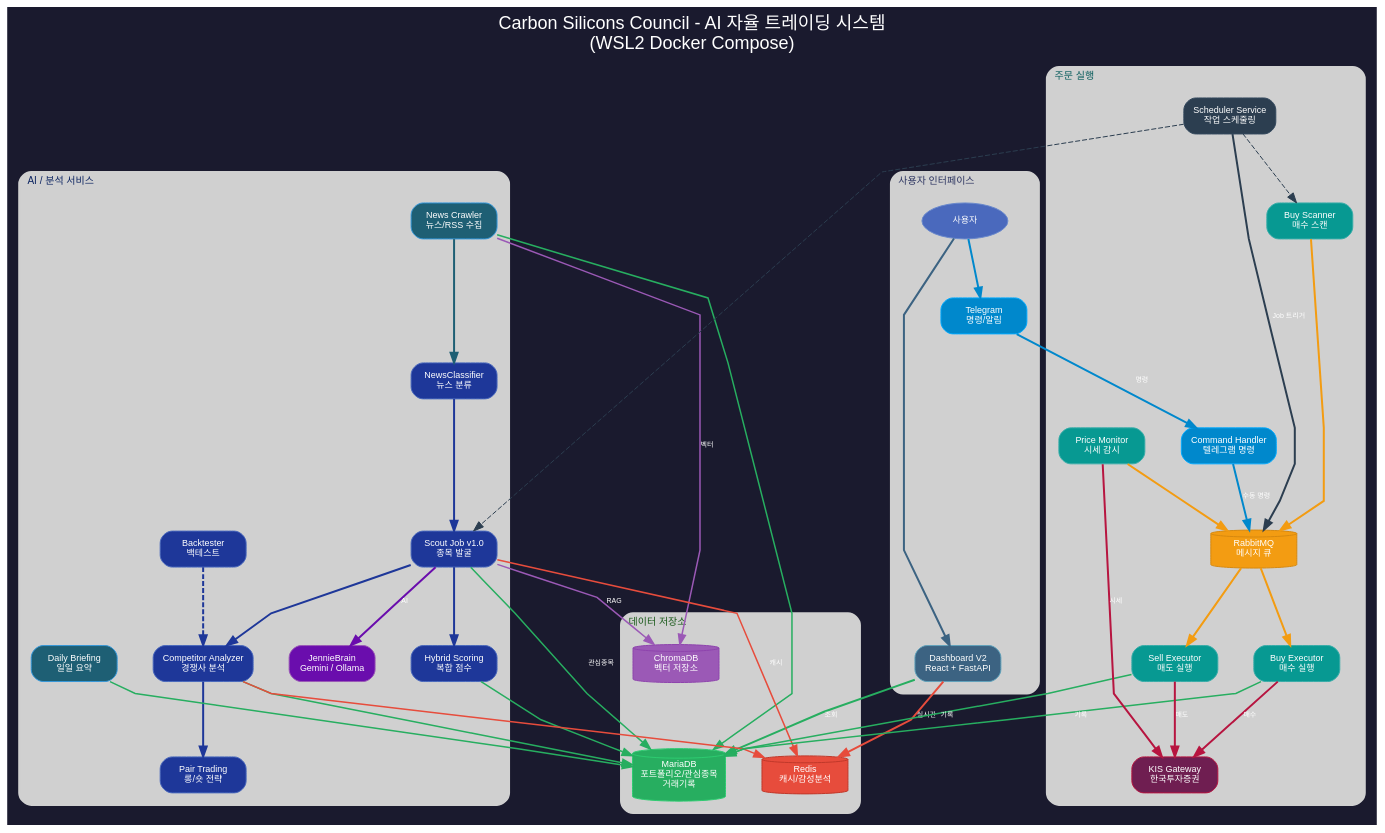
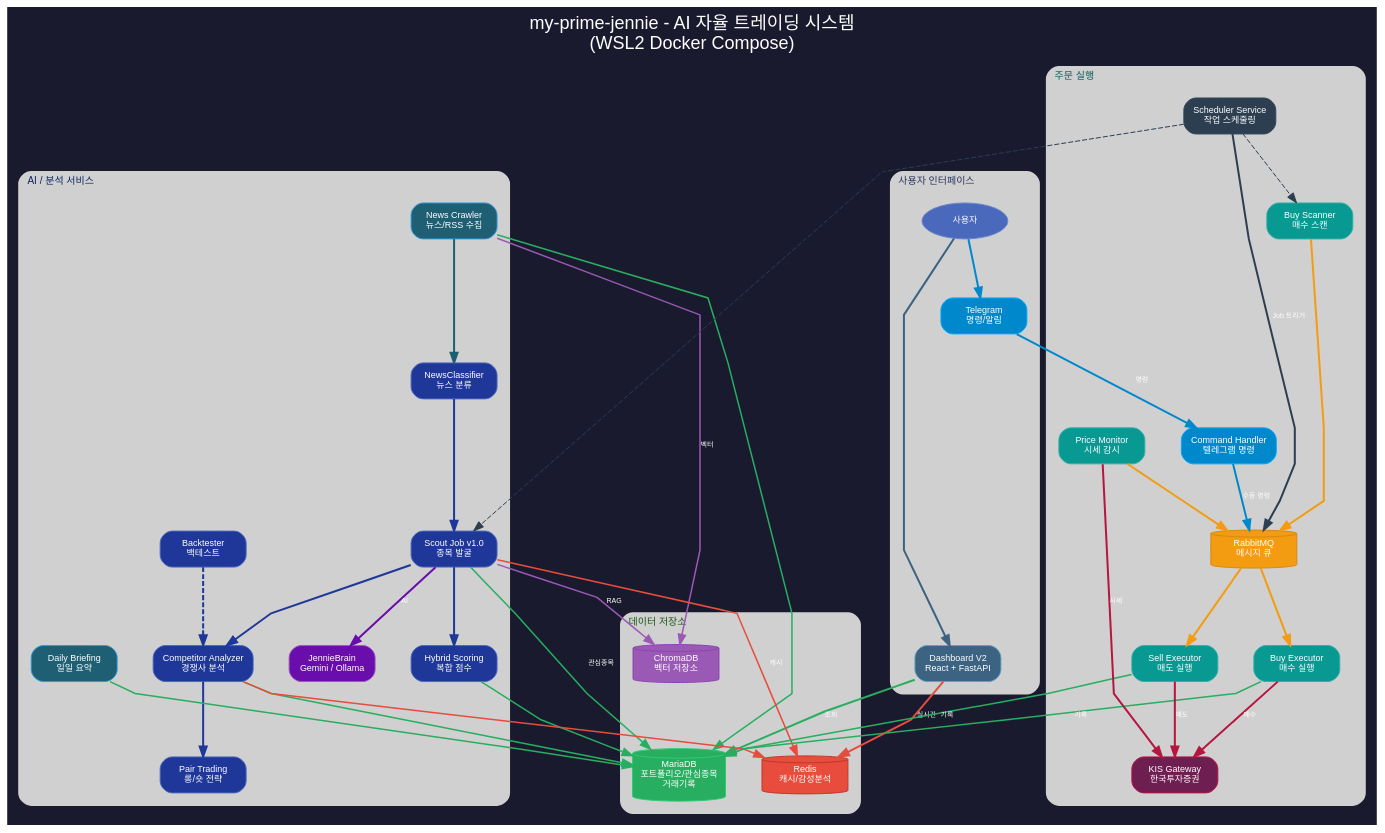
Before and after one commit to youngs7596/our-prime-jennie: the diagram in docs/architecture/01_overall_architecture.dot, drawn with Graphviz. The commit also changed 40 other files, not shown here.

First line of the commit message:
refactor: Rename project to my-prime-jennie and centralize versioning

```diff
--- a/docs/architecture/01_overall_architecture.dot
+++ b/docs/architecture/01_overall_architecture.dot
@@ -1,176 +1,176 @@
-digraph CarbonSiliconsCouncil {
+digraph my_prime_jennie {
     // 전체 스타일 설정
     bgcolor="#1a1a2e";
     fontname="Helvetica,Arial,sans-serif";
-    label="Carbon Silicons Council - AI 자율 트레이딩 시스템\n(WSL2 Docker Compose)";
+    label="my-prime-jennie - AI 자율 트레이딩 시스템\n(WSL2 Docker Compose)";
     labelloc=t;
     fontsize=18;
     fontcolor="white";
     rankdir=TB;
     compound=true;
     newrank=true;
     splines=polyline;
     nodesep=0.5;
     ranksep=0.8;
 
     // 기본 노드 스타일
     node [
         style="rounded,filled",
         shape=box,
         fontname="Helvetica,Arial,sans-serif",
         fontsize=9,
         fontcolor="white",
         width=1.2,
         height=0.5
     ];
 
     // 기본 엣지 스타일
     edge [
         fontname="Helvetica,Arial,sans-serif",
         fontsize=7,
         fontcolor="white",
         color="#666666",
         penwidth=1.5
     ];
 
     // ============================================================
     // 사용자 인터페이스
     // ============================================================
     subgraph cluster_ui {
         label="사용자 인터페이스";
         labeljust=l;
         style="rounded,filled";
         bgcolor="#f0f0ff";
         color="#d0d0d0";
         fontcolor="#2d3561";
         fontsize=10;
         penwidth=2;
         margin=12;
         
         USER [label="사용자", shape=ellipse, fillcolor="#4a69bd", color="#6a89cc"];
         DASH_V2 [label="Dashboard V2\nReact + FastAPI", fillcolor="#3c6382", color="#60a3bc"];
         TELEGRAM [label="Telegram\n명령/알림", fillcolor="#0088cc", color="#00aaff"];
         
         USER -> DASH_V2 [color="#3c6382", penwidth=2];
         USER -> TELEGRAM [color="#0088cc", penwidth=2];
     }
 
     // ============================================================
     // AI / 분석 서비스
     // ============================================================
     subgraph cluster_ai_services {
         label="AI / 분석 서비스";
         labeljust=l;
         style="rounded,filled";
         bgcolor="#f0f0ff";
         color="#d0d0d0";
         fontcolor="#0c2461";
         fontsize=10;
         penwidth=2;
         margin=12;
         
         LLM [label="JennieBrain\nGemini / Ollama", fillcolor="#6a0dad", color="#9b59b6"];
         NEWS_CRAWLER [label="News Crawler\n뉴스/RSS 수집", fillcolor="#1e5f74", color="#3498db"];
         CLASSIFIER [label="NewsClassifier\n뉴스 분류", fillcolor="#1e3799", color="#4a69bd"];
         SCOUT [label="Scout Job v1.0\n종목 발굴", fillcolor="#1e3799", color="#4a69bd"];
         HYBRID [label="Hybrid Scoring\n복합 점수", fillcolor="#1e3799", color="#4a69bd"];
         COMP_ANALYZER [label="Competitor Analyzer\n경쟁사 분석", fillcolor="#1e3799", color="#4a69bd"];
         PAIR_STRAT [label="Pair Trading\n롱/숏 전략", fillcolor="#1e3799", color="#4a69bd"];
         BACKTESTER [label="Backtester\n백테스트", fillcolor="#1e3799", color="#4a69bd"];
         DAILY_BRIEF [label="Daily Briefing\n일일 요약", fillcolor="#1e5f74", color="#3498db"];
         
         // 내부 연결
         NEWS_CRAWLER -> CLASSIFIER [color="#1e5f74", penwidth=2];
         CLASSIFIER -> SCOUT [color="#1e3799", penwidth=2];
         SCOUT -> LLM [color="#6a0dad", label="AI", penwidth=2];
         SCOUT -> HYBRID [color="#1e3799", penwidth=2];
         SCOUT -> COMP_ANALYZER [color="#1e3799", penwidth=2];
         COMP_ANALYZER -> PAIR_STRAT [color="#1e3799", penwidth=2];
         BACKTESTER -> COMP_ANALYZER [style=dashed, color="#1e3799", penwidth=2];
     }
 
     // ============================================================
     // 주문 실행 서비스
     // ============================================================
     subgraph cluster_execution {
         label="주문 실행";
         labeljust=l;
         style="rounded,filled";
         bgcolor="#f0fff0";
         color="#d0d0d0";
         fontcolor="#0a5d5d";
         fontsize=10;
         penwidth=2;
         margin=12;
         
         SCHEDULER [label="Scheduler Service\n작업 스케줄링", fillcolor="#2c3e50", color="#34495e"];
         CMD_HANDLER [label="Command Handler\n텔레그램 명령", fillcolor="#0088cc", color="#00aaff"];
         BUY_SCAN [label="Buy Scanner\n매수 스캔", fillcolor="#079992", color="#38ada9"];
         BUY_EXEC [label="Buy Executor\n매수 실행", fillcolor="#079992", color="#38ada9"];
         SELL_EXEC [label="Sell Executor\n매도 실행", fillcolor="#079992", color="#38ada9"];
         PRICE_MON [label="Price Monitor\n시세 감시", fillcolor="#079992", color="#38ada9"];
         RABBITMQ [label="RabbitMQ\n메시지 큐", shape=cylinder, fillcolor="#f39c12", color="#d68910"];
         KIS_GW [label="KIS Gateway\n한국투자증권", fillcolor="#6F1E51", color="#b71540"];
         
         // 내부 연결
         SCHEDULER -> RABBITMQ [color="#2c3e50", label="Job 트리거", penwidth=2];
         SCHEDULER -> BUY_SCAN [color="#2c3e50", style=dashed, penwidth=1];
         SCHEDULER -> SCOUT [color="#2c3e50", style=dashed, penwidth=1];
         CMD_HANDLER -> RABBITMQ [color="#0088cc", label="수동 명령", penwidth=2];
         BUY_SCAN -> RABBITMQ [color="#f39c12", penwidth=2];
         PRICE_MON -> RABBITMQ [color="#f39c12", penwidth=2];
         RABBITMQ -> BUY_EXEC [color="#f39c12", penwidth=2];
         RABBITMQ -> SELL_EXEC [color="#f39c12", penwidth=2];
         BUY_EXEC -> KIS_GW [color="#b71540", label="매수", penwidth=2];
         SELL_EXEC -> KIS_GW [color="#b71540", label="매도", penwidth=2];
         PRICE_MON -> KIS_GW [color="#b71540", label="시세", penwidth=2];
     }
 
     // ============================================================
     // 데이터 저장소
     // ============================================================
     subgraph cluster_datastore {
         label="데이터 저장소";
         labeljust=l;
         style="rounded,filled";
         bgcolor="#f5f5f5";
         color="#d0d0d0";
         fontcolor="#1a5a1a";
         fontsize=10;
         penwidth=2;
         margin=12;
         
         MARIADB [label="MariaDB\n포트폴리오/관심종목\n거래기록", shape=cylinder, fillcolor="#27ae60", color="#2ecc71"];
         REDIS [label="Redis\n캐시/감성분석", shape=cylinder, fillcolor="#e74c3c", color="#c0392b"];
         CHROMADB [label="ChromaDB\n벡터 저장소", shape=cylinder, fillcolor="#9b59b6", color="#8e44ad"];
     }
 
     // ============================================================
     // 레이아웃 제어
     // ============================================================
     { rank=same; USER; NEWS_CRAWLER; BUY_SCAN; }
     
     // UI -> Data Storage 연결
     DASH_V2 -> MARIADB [color="#27ae60", label="조회", weight=10, penwidth=2];
     DASH_V2 -> REDIS [color="#e74c3c", label="실시간", penwidth=2];
     TELEGRAM -> CMD_HANDLER [color="#0088cc", label="명령", penwidth=2];
 
     // ============================================================
     // 클러스터 간 연결
     // ============================================================
 
     // AI 서비스 -> 데이터 저장소
     SCOUT -> MARIADB [color="#27ae60", label="관심종목"];
     SCOUT -> REDIS [color="#e74c3c", label="캐시"];
     SCOUT -> CHROMADB [color="#9b59b6", label="RAG"];
     HYBRID -> MARIADB [color="#27ae60"];
     COMP_ANALYZER -> MARIADB [color="#27ae60"];
     COMP_ANALYZER -> REDIS [color="#e74c3c"];
     NEWS_CRAWLER -> CHROMADB [color="#9b59b6", label="벡터"];
     NEWS_CRAWLER -> MARIADB [color="#27ae60"];
     DAILY_BRIEF -> MARIADB [color="#27ae60"];
 
     // 주문 실행 -> 데이터 저장소
     BUY_EXEC -> MARIADB [color="#27ae60", label="기록"];
     SELL_EXEC -> MARIADB [color="#27ae60", label="기록"];
 }
```
